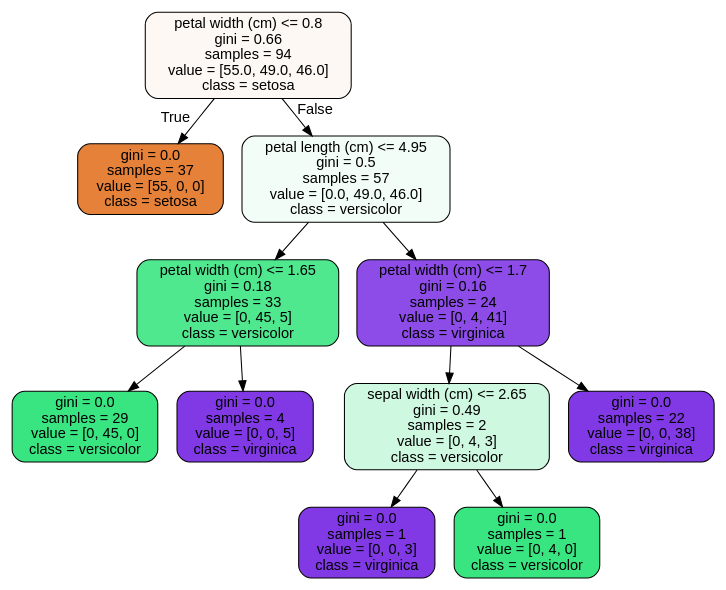
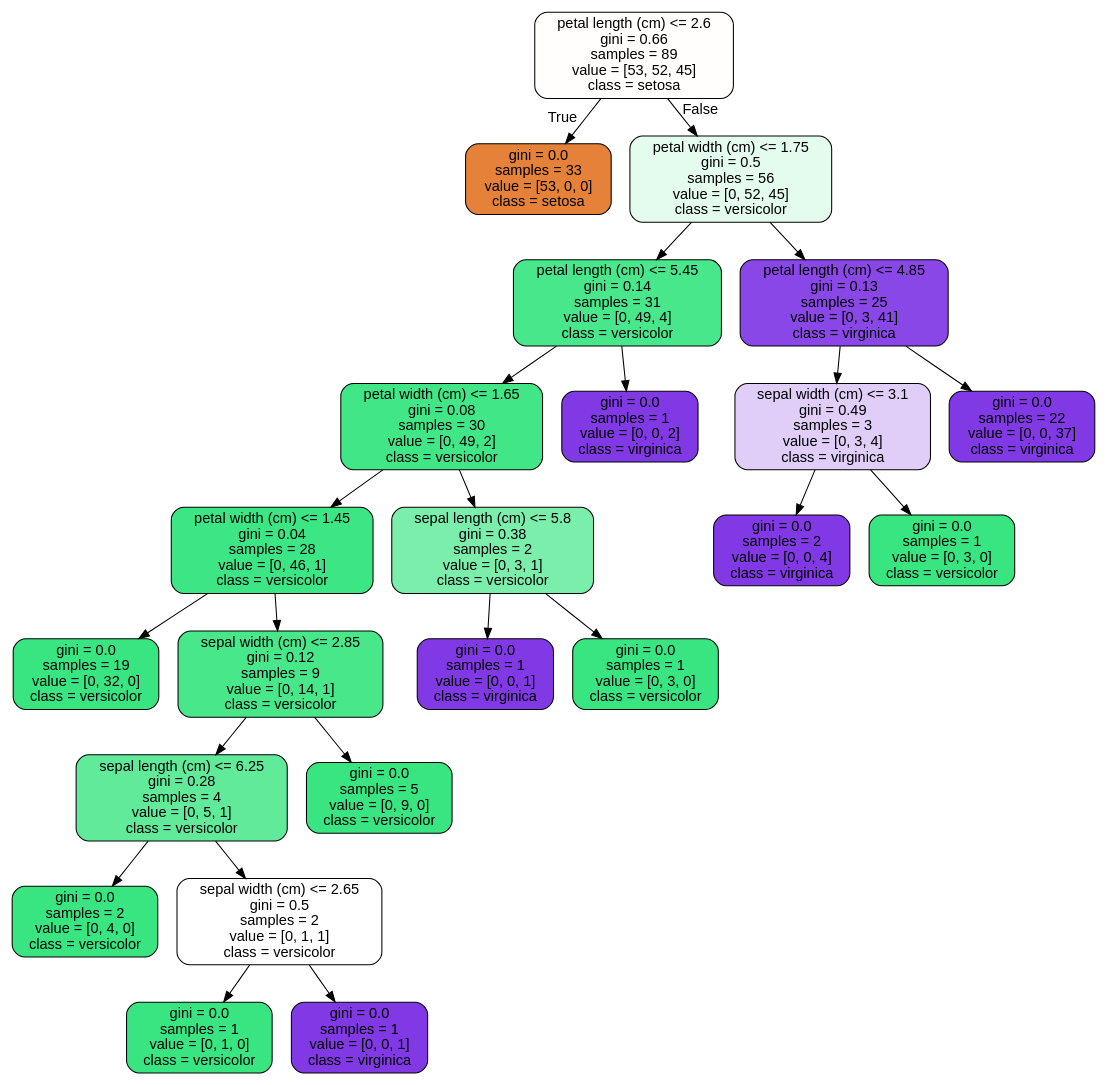
Before and after one commit to cdskc/random-forest-case-study: the diagram in tree.dot, drawn with Graphviz. The commit also changed 2 other files, not shown here.

```diff
--- a/tree.dot
+++ b/tree.dot
@@ -1,25 +1,49 @@
 digraph Tree {
 node [shape=box, style="filled, rounded", color="black", fontname="helvetica"] ;
 edge [fontname="helvetica"] ;
-0 [label="petal width (cm) <= 0.8\ngini = 0.66\nsamples = 94\nvalue = [55.0, 49.0, 46.0]\nclass = setosa", fillcolor="#fdf8f3"] ;
-1 [label="gini = 0.0\nsamples = 37\nvalue = [55, 0, 0]\nclass = setosa", fillcolor="#e58139"] ;
+0 [label="petal length (cm) <= 2.6\ngini = 0.66\nsamples = 89\nvalue = [53, 52, 45]\nclass = setosa", fillcolor="#fffefd"] ;
+1 [label="gini = 0.0\nsamples = 33\nvalue = [53, 0, 0]\nclass = setosa", fillcolor="#e58139"] ;
 0 -> 1 [labeldistance=2.5, labelangle=45, headlabel="True"] ;
-2 [label="petal length (cm) <= 4.95\ngini = 0.5\nsamples = 57\nvalue = [0.0, 49.0, 46.0]\nclass = versicolor", fillcolor="#f3fdf7"] ;
+2 [label="petal width (cm) <= 1.75\ngini = 0.5\nsamples = 56\nvalue = [0, 52, 45]\nclass = versicolor", fillcolor="#e4fcee"] ;
 0 -> 2 [labeldistance=2.5, labelangle=-45, headlabel="False"] ;
-3 [label="petal width (cm) <= 1.65\ngini = 0.18\nsamples = 33\nvalue = [0, 45, 5]\nclass = versicolor", fillcolor="#4fe88f"] ;
+3 [label="petal length (cm) <= 5.45\ngini = 0.14\nsamples = 31\nvalue = [0, 49, 4]\nclass = versicolor", fillcolor="#49e78b"] ;
 2 -> 3 ;
-4 [label="gini = 0.0\nsamples = 29\nvalue = [0, 45, 0]\nclass = versicolor", fillcolor="#39e581"] ;
+4 [label="petal width (cm) <= 1.65\ngini = 0.08\nsamples = 30\nvalue = [0, 49, 2]\nclass = versicolor", fillcolor="#41e686"] ;
 3 -> 4 ;
-5 [label="gini = 0.0\nsamples = 4\nvalue = [0, 0, 5]\nclass = virginica", fillcolor="#8139e5"] ;
-3 -> 5 ;
-6 [label="petal width (cm) <= 1.7\ngini = 0.16\nsamples = 24\nvalue = [0, 4, 41]\nclass = virginica", fillcolor="#8d4ce8"] ;
-2 -> 6 ;
-7 [label="sepal width (cm) <= 2.65\ngini = 0.49\nsamples = 2\nvalue = [0, 4, 3]\nclass = versicolor", fillcolor="#cef8e0"] ;
-6 -> 7 ;
-8 [label="gini = 0.0\nsamples = 1\nvalue = [0, 0, 3]\nclass = virginica", fillcolor="#8139e5"] ;
+5 [label="petal width (cm) <= 1.45\ngini = 0.04\nsamples = 28\nvalue = [0, 46, 1]\nclass = versicolor", fillcolor="#3de684"] ;
+4 -> 5 ;
+6 [label="gini = 0.0\nsamples = 19\nvalue = [0, 32, 0]\nclass = versicolor", fillcolor="#39e581"] ;
+5 -> 6 ;
+7 [label="sepal width (cm) <= 2.85\ngini = 0.12\nsamples = 9\nvalue = [0, 14, 1]\nclass = versicolor", fillcolor="#47e78a"] ;
+5 -> 7 ;
+8 [label="sepal length (cm) <= 6.25\ngini = 0.28\nsamples = 4\nvalue = [0, 5, 1]\nclass = versicolor", fillcolor="#61ea9a"] ;
 7 -> 8 ;
-9 [label="gini = 0.0\nsamples = 1\nvalue = [0, 4, 0]\nclass = versicolor", fillcolor="#39e581"] ;
-7 -> 9 ;
-10 [label="gini = 0.0\nsamples = 22\nvalue = [0, 0, 38]\nclass = virginica", fillcolor="#8139e5"] ;
-6 -> 10 ;
+9 [label="gini = 0.0\nsamples = 2\nvalue = [0, 4, 0]\nclass = versicolor", fillcolor="#39e581"] ;
+8 -> 9 ;
+10 [label="sepal width (cm) <= 2.65\ngini = 0.5\nsamples = 2\nvalue = [0, 1, 1]\nclass = versicolor", fillcolor="#ffffff"] ;
+8 -> 10 ;
+11 [label="gini = 0.0\nsamples = 1\nvalue = [0, 1, 0]\nclass = versicolor", fillcolor="#39e581"] ;
+10 -> 11 ;
+12 [label="gini = 0.0\nsamples = 1\nvalue = [0, 0, 1]\nclass = virginica", fillcolor="#8139e5"] ;
+10 -> 12 ;
+13 [label="gini = 0.0\nsamples = 5\nvalue = [0, 9, 0]\nclass = versicolor", fillcolor="#39e581"] ;
+7 -> 13 ;
+14 [label="sepal length (cm) <= 5.8\ngini = 0.38\nsamples = 2\nvalue = [0, 3, 1]\nclass = versicolor", fillcolor="#7beeab"] ;
+4 -> 14 ;
+15 [label="gini = 0.0\nsamples = 1\nvalue = [0, 0, 1]\nclass = virginica", fillcolor="#8139e5"] ;
+14 -> 15 ;
+16 [label="gini = 0.0\nsamples = 1\nvalue = [0, 3, 0]\nclass = versicolor", fillcolor="#39e581"] ;
+14 -> 16 ;
+17 [label="gini = 0.0\nsamples = 1\nvalue = [0, 0, 2]\nclass = virginica", fillcolor="#8139e5"] ;
+3 -> 17 ;
+18 [label="petal length (cm) <= 4.85\ngini = 0.13\nsamples = 25\nvalue = [0, 3, 41]\nclass = virginica", fillcolor="#8a47e7"] ;
+2 -> 18 ;
+19 [label="sepal width (cm) <= 3.1\ngini = 0.49\nsamples = 3\nvalue = [0, 3, 4]\nclass = virginica", fillcolor="#e0cef8"] ;
+18 -> 19 ;
+20 [label="gini = 0.0\nsamples = 2\nvalue = [0, 0, 4]\nclass = virginica", fillcolor="#8139e5"] ;
+19 -> 20 ;
+21 [label="gini = 0.0\nsamples = 1\nvalue = [0, 3, 0]\nclass = versicolor", fillcolor="#39e581"] ;
+19 -> 21 ;
+22 [label="gini = 0.0\nsamples = 22\nvalue = [0, 0, 37]\nclass = virginica", fillcolor="#8139e5"] ;
+18 -> 22 ;
 }
```
